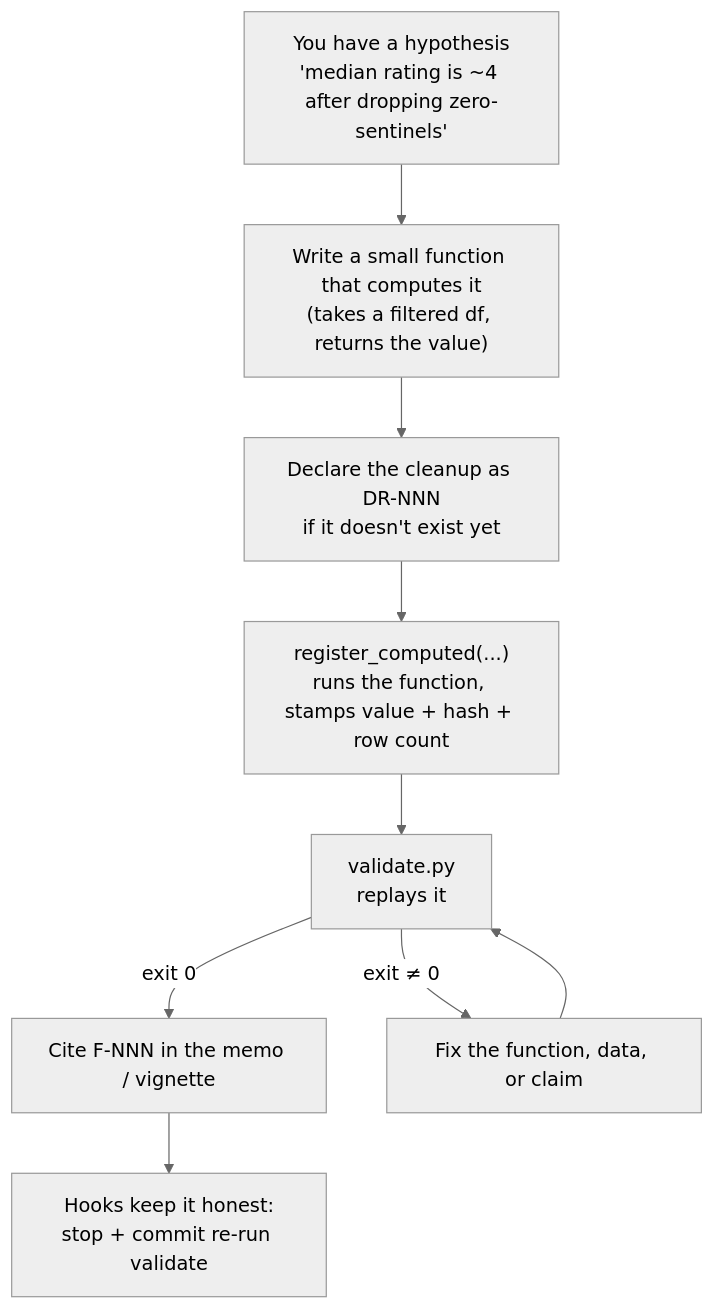
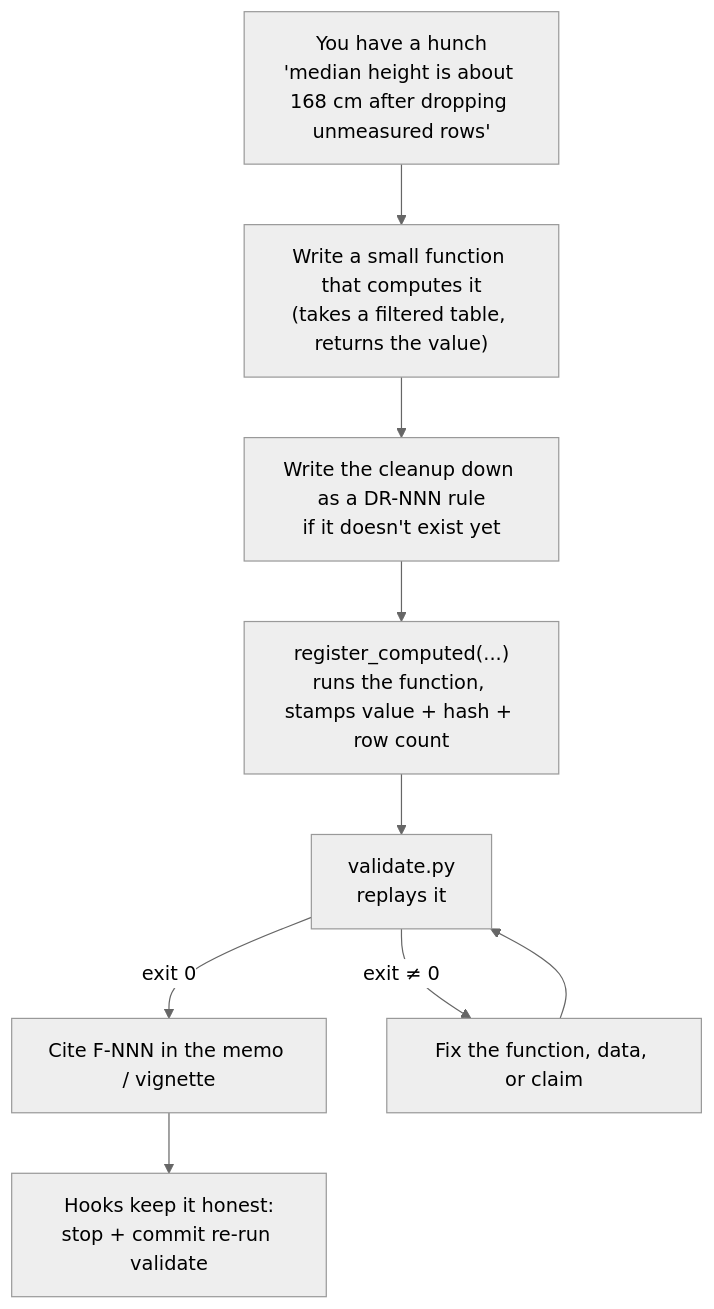
Before and after one commit to stephs-repos/analysis-kit: the fifth of 6 diagrams in docs/CONCEPTS.md, drawn with Mermaid (neutral theme). The commit also changed other lines of this file, not shown here.

````diff
--- a/docs/CONCEPTS.md
+++ b/docs/CONCEPTS.md
@@ -314,11 +329,11 @@
 ```mermaid
 flowchart TD
-  H["You have a hypothesis<br/>'median rating is ~4 after dropping zero-sentinels'"]
-  H --> Fn["Write a small function that computes it<br/>(takes a filtered df, returns the value)"]
-  Fn --> DR["Declare the cleanup as DR-NNN<br/>if it doesn't exist yet"]
+  H["You have a hunch<br/>'median height is about 168 cm after dropping unmeasured rows'"]
+  H --> Fn["Write a small function that computes it<br/>(takes a filtered table, returns the value)"]
+  Fn --> DR["Write the cleanup down as a DR-NNN rule<br/>if it doesn't exist yet"]
   DR --> Reg["register_computed(...)<br/>runs the function, stamps value + hash + row count"]
   Reg --> V["validate.py<br/>replays it"]
   V -->|exit 0| Cite["Cite F-NNN in the memo / vignette"]
   V -->|exit ≠ 0| Fix["Fix the function, data, or claim"] --> V
   Cite --> Guard["Hooks keep it honest:<br/>stop + commit re-run validate"]
 ```
````
